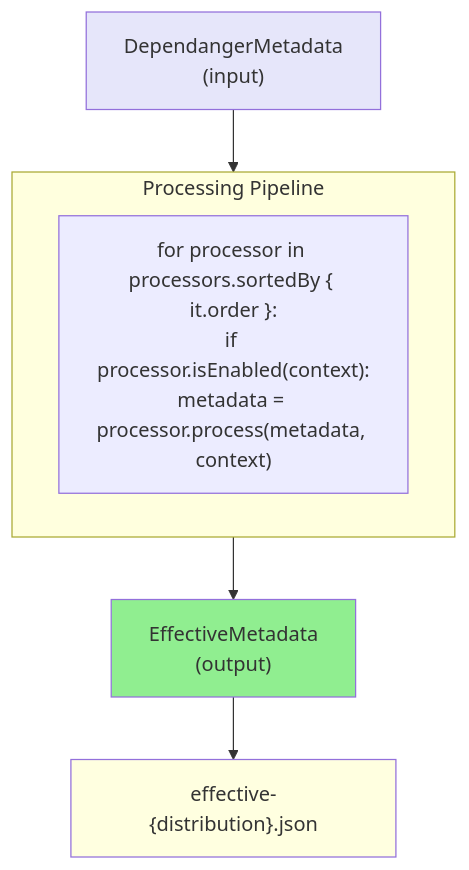
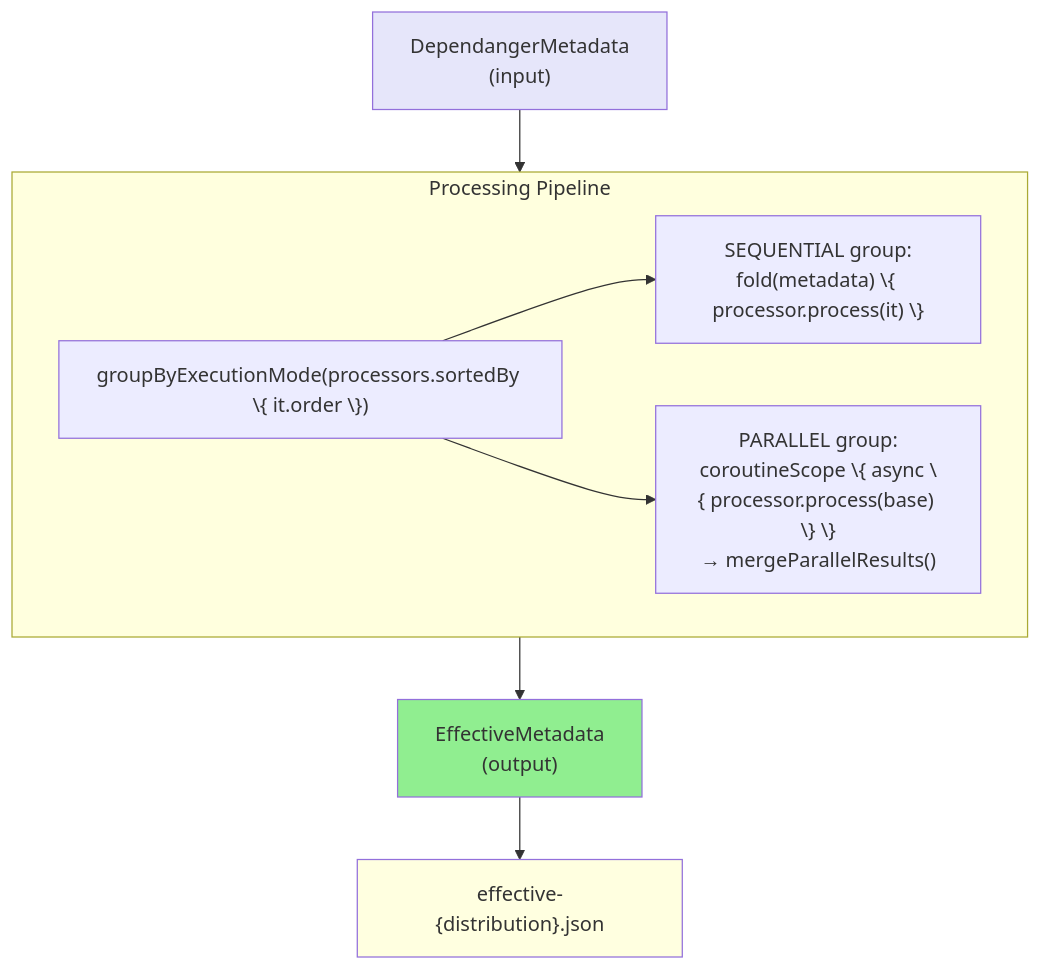
The diagram in docs/02-features/F003-processing-pipeline.adoc (zenhelix/dependanger), drawn with Mermaid before and after one commit. The commit also changed other lines of this file and 16 other files, not shown here.

```diff
--- a/docs/02-features/F003-processing-pipeline.adoc
+++ b/docs/02-features/F003-processing-pipeline.adoc
@@ -875,20 +882,24 @@
 [mermaid,target=pipeline-flow,format=svg]
 ----
 flowchart TD
     Input["DependangerMetadata<br/>(input)"]
 
     subgraph Pipeline["Processing Pipeline"]
-        Loop["for processor in processors.sortedBy { it.order }:<br/>if processor.isEnabled(context):<br/>metadata = processor.process(metadata, context)"]
+        Group["groupByExecutionMode(processors.sortedBy \{ it.order \})"]
+        Seq["SEQUENTIAL group:<br/>fold(metadata) \{ processor.process(it) \}"]
+        Par["PARALLEL group:<br/>coroutineScope \{ async \{ processor.process(base) \} \}<br/>→ mergeParallelResults()"]
+        Group --> Seq
+        Group --> Par
     end
 
     Output["EffectiveMetadata<br/>(output)"]
     File["effective-{distribution}.json"]
 
     Input --> Pipeline
     Pipeline --> Output
     Output --> File
 
     style Input fill:#E6E6FA
     style Output fill:#90EE90
     style File fill:#FFFFE0
 ----
```
